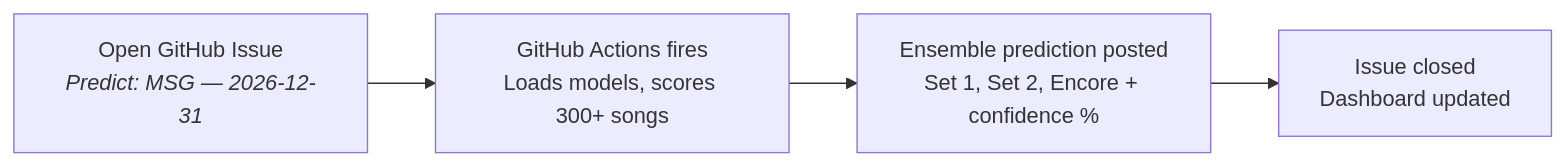
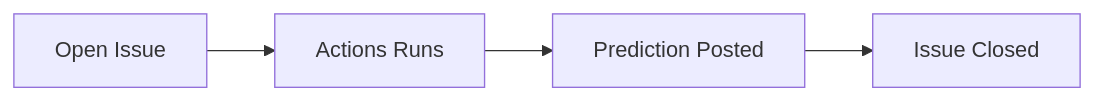
One commit to nate-rogan/phinish changed the first of 2 diagrams in README.md. Above: the diagram before and after it, drawn with Mermaid. The commit also changed other lines of this file, not shown here.

First line of the commit message:
docs: shorten mermaid node labels for readability

````diff
--- a/README.md
+++ b/README.md
@@ -13,6 +13,6 @@
 ```mermaid
 flowchart LR
-    A["Open GitHub Issue<br/><em>Predict: MSG — 2026-12-31</em>"] --> B["GitHub Actions fires<br/>Loads models, scores 300+ songs"]
-    B --> C["Ensemble prediction posted<br/>Set 1, Set 2, Encore + confidence %"]
-    C --> D["Issue closed<br/>Dashboard updated"]
+    A["Open Issue"] --> B["Actions Runs"]
+    B --> C["Prediction Posted"]
+    C --> D["Issue Closed"]
 ```
````
